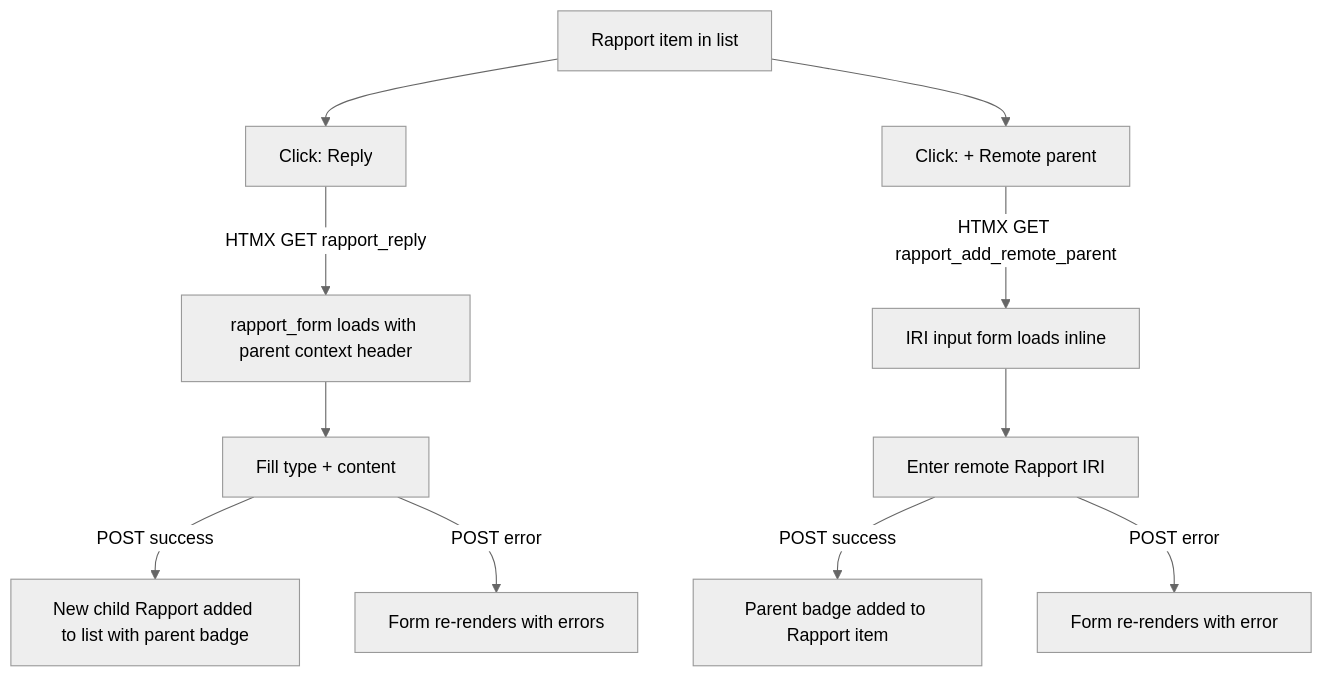
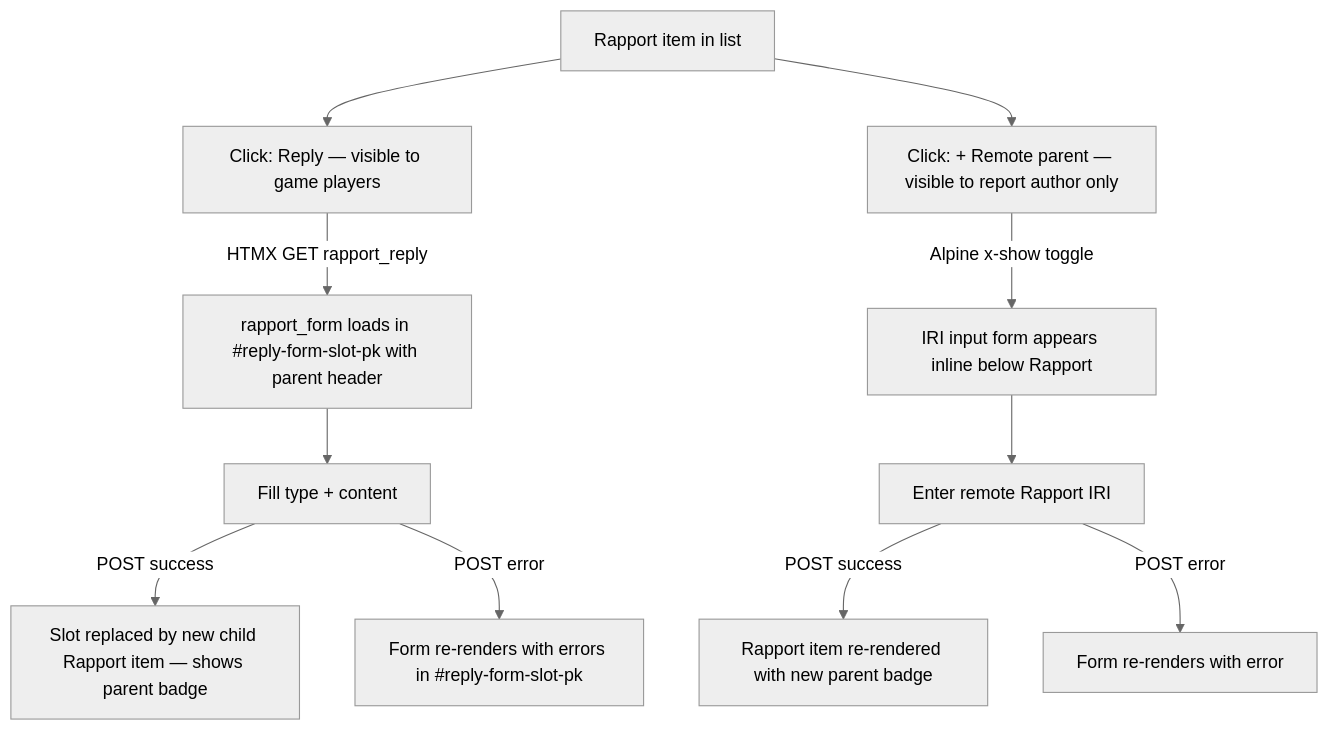
One commit to RebelliousSmile/suddenly changed the diagram in aidd_docs/tasks/2026_04/2026_04_29-#66-rapport-graph-chaining.md. Above: the diagram before and after it, drawn with Mermaid (neutral theme). The commit also changed other lines of this file and 3 other files, not shown here.

````diff
--- a/aidd_docs/tasks/2026_04/2026_04_29-#66-rapport-graph-chaining.md
+++ b/aidd_docs/tasks/2026_04/2026_04_29-#66-rapport-graph-chaining.md
@@ -39,14 +44,14 @@
 ```mermaid
 flowchart TD
-  A[Rapport item in list] --> B[Click: Reply]
-  B -->|HTMX GET rapport_reply| C[rapport_form loads with parent context header]
+  A[Rapport item in list] --> B[Click: Reply — visible to game players]
+  B -->|HTMX GET rapport_reply| C[rapport_form loads in #reply-form-slot-pk with parent header]
   C --> D[Fill type + content]
-  D -->|POST success| E[New child Rapport added to list with parent badge]
-  D -->|POST error| F[Form re-renders with errors]
+  D -->|POST success| E[Slot replaced by new child Rapport item — shows parent badge]
+  D -->|POST error| F[Form re-renders with errors in #reply-form-slot-pk]
 
-  A --> G[Click: + Remote parent]
-  G -->|HTMX GET rapport_add_remote_parent| H[IRI input form loads inline]
+  A --> G[Click: + Remote parent — visible to report author only]
+  G -->|Alpine x-show toggle| H[IRI input form appears inline below Rapport]
   H --> I[Enter remote Rapport IRI]
-  I -->|POST success| J[Parent badge added to Rapport item]
+  I -->|POST success| J[Rapport item re-rendered with new parent badge]
   I -->|POST error| K[Form re-renders with error]
 ```
````
